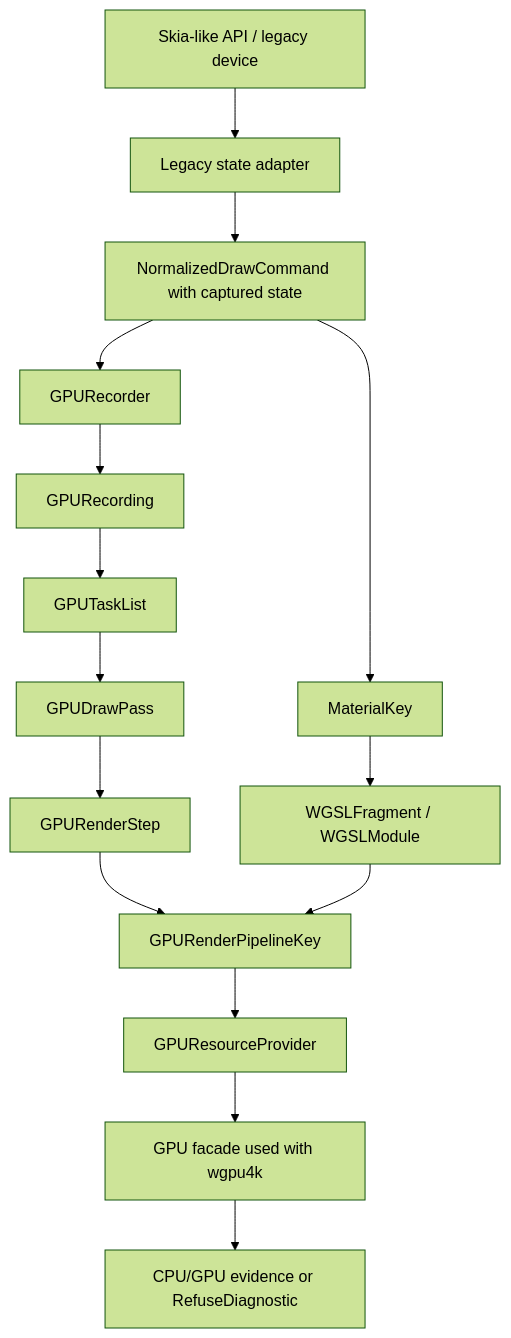
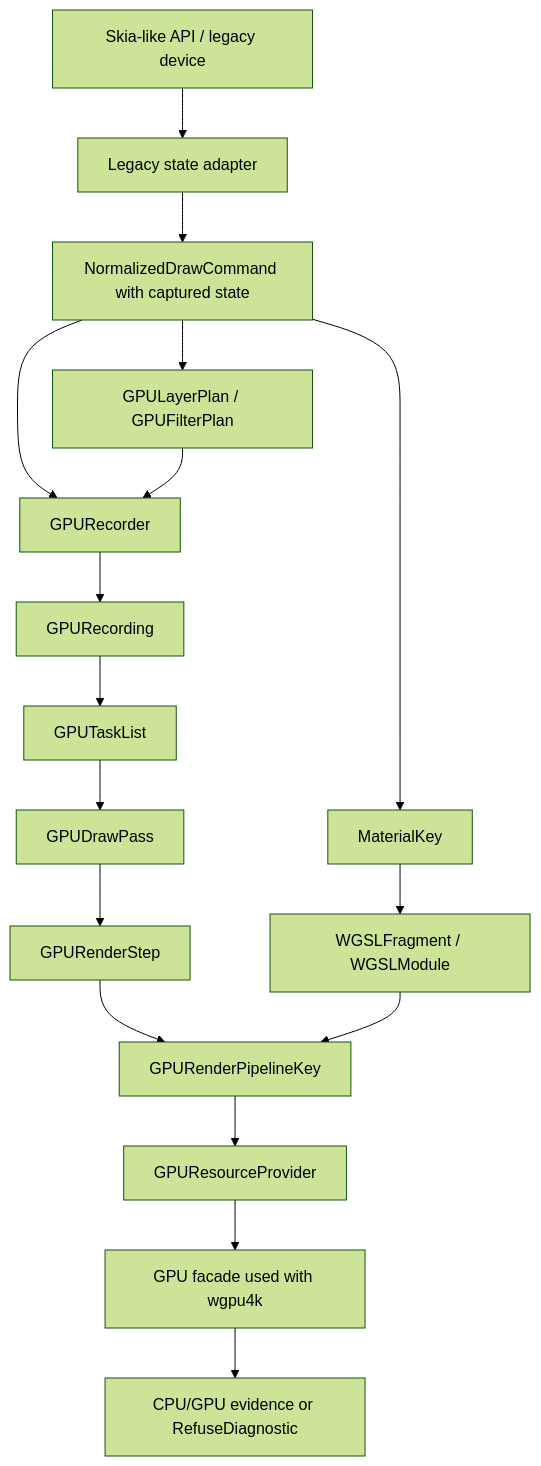
The diagram in .upstream/specs/gpu-renderer/README.md (ygdrasil-io/kanvas), drawn with Mermaid (forest theme) before and after one commit. The commit also changed other lines of this file and 4 other files, not shown here.

````diff
--- a/.upstream/specs/gpu-renderer/README.md
+++ b/.upstream/specs/gpu-renderer/README.md
@@ -108,17 +112,19 @@
 ```mermaid
 flowchart TD
     legacy["Skia-like API / legacy device"] --> adapter["Legacy state adapter"]
     adapter --> command["NormalizedDrawCommand with captured state"]
+    command --> layerplan["GPULayerPlan / GPUFilterPlan"]
     command --> recorder["GPURecorder"]
+    layerplan --> recorder
     recorder --> recording["GPURecording"]
     recording --> tasks["GPUTaskList"]
     tasks --> drawpass["GPUDrawPass"]
     drawpass --> step["GPURenderStep"]
     command --> material["MaterialKey"]
     material --> wgsl["WGSLFragment / WGSLModule"]
     step --> pipeline["GPURenderPipelineKey"]
     wgsl --> pipeline
     pipeline --> resources["GPUResourceProvider"]
     resources --> facade["GPU facade used with wgpu4k"]
     facade --> evidence["CPU/GPU evidence or RefuseDiagnostic"]
 ```
````
